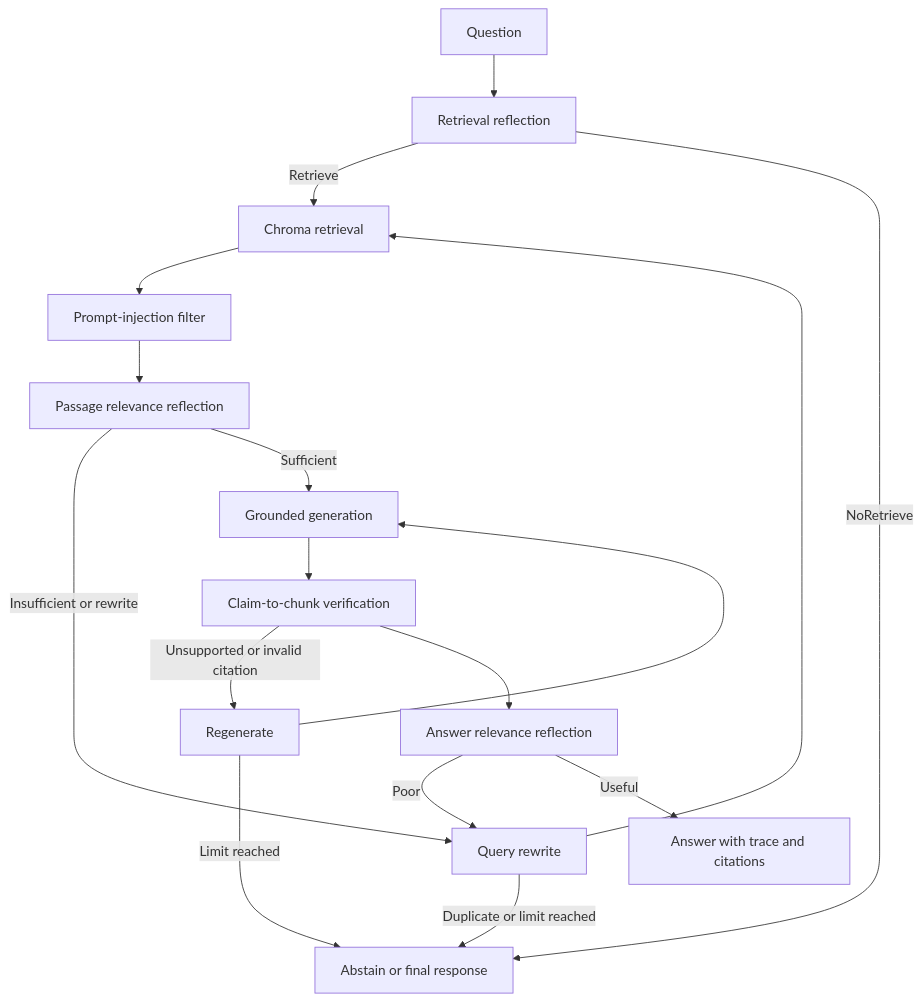
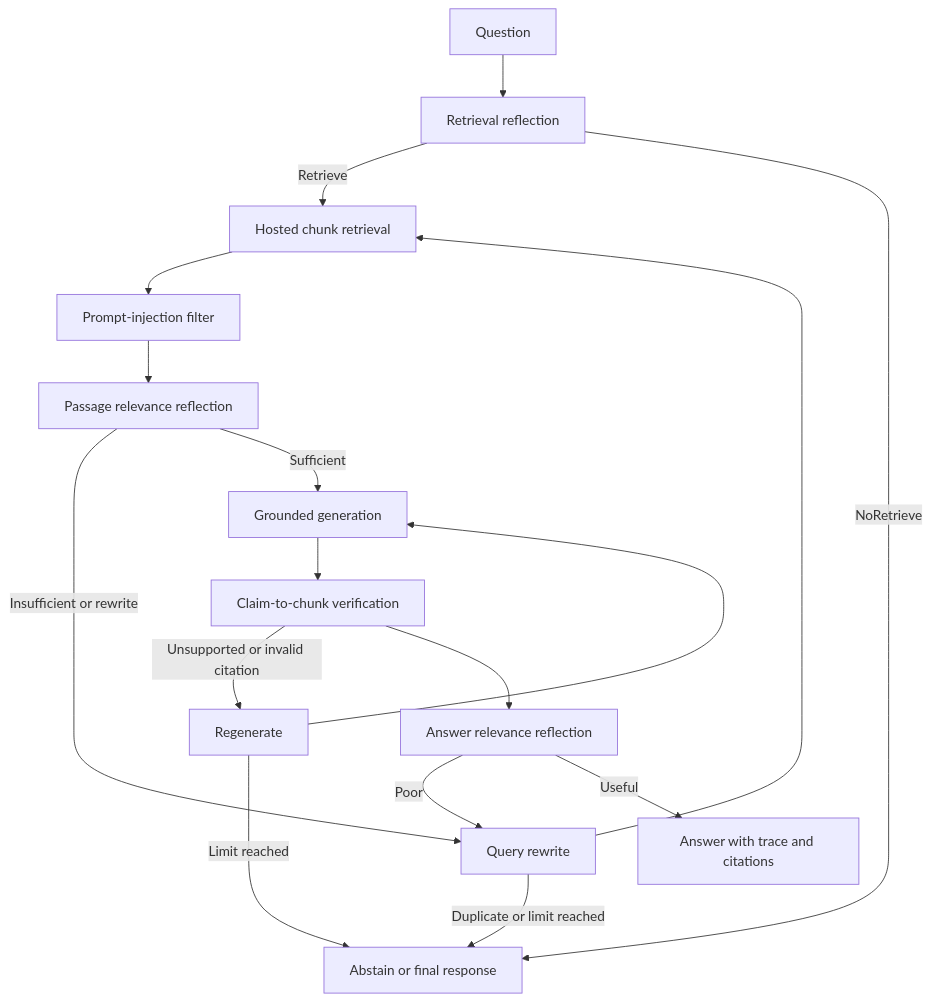
The diagram in README.md (Siddhank01/SourceIQ), drawn with Mermaid before and after one commit. The commit also changed other lines of this file and 14 other files, not shown here.

````diff
--- a/README.md
+++ b/README.md
@@ -9,19 +9,19 @@
 ```mermaid
 flowchart TD
     A[Question] --> B[Retrieval reflection]
-    B -->|Retrieve| C[Chroma retrieval]
+    B -->|Retrieve| C[Hosted chunk retrieval]
     B -->|NoRetrieve| Z[Abstain or final response]
     C --> D[Prompt-injection filter]
     D --> E[Passage relevance reflection]
     E -->|Insufficient or rewrite| F[Query rewrite]
     F -->|Duplicate or limit reached| Z
     F --> C
     E -->|Sufficient| G[Grounded generation]
     G --> H[Claim-to-chunk verification]
     H -->|Unsupported or invalid citation| I[Regenerate]
     I -->|Limit reached| Z
     I --> G
     H --> J[Answer relevance reflection]
     J -->|Poor| F
     J -->|Useful| K[Answer with trace and citations]
 ```
````
